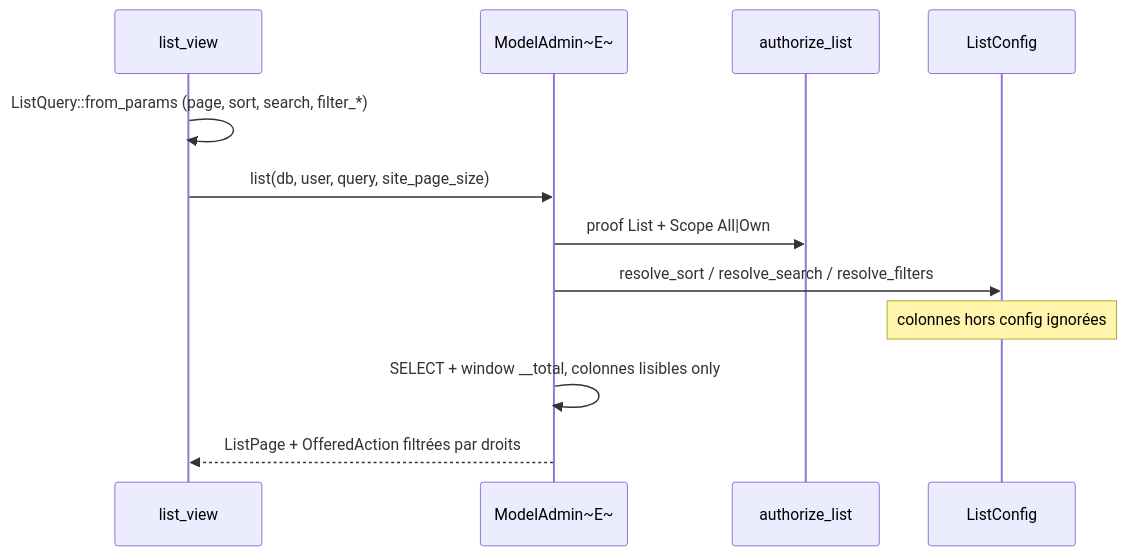
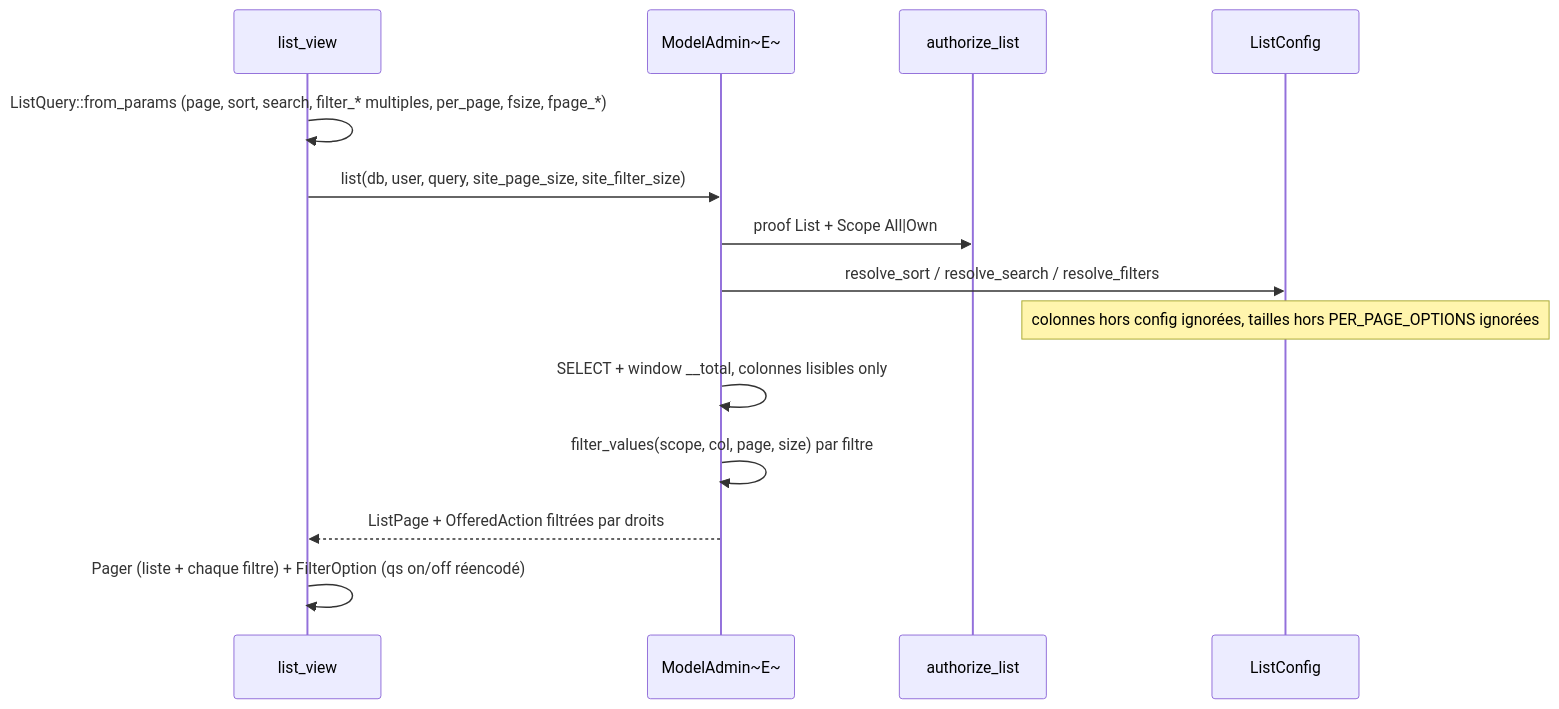
Before and after one commit to seb-alliot/runique: the second of 5 diagrams in diagramme/flux/admin-crud-reset-makemigrations.md, drawn with Mermaid. The commit also changed other lines of this file and 57 other files, not shown here.

Commit message:
fix few bug && diagramme

````diff
--- a/diagramme/flux/admin-crud-reset-makemigrations.md
+++ b/diagramme/flux/admin-crud-reset-makemigrations.md
@@ -47,15 +47,17 @@
 ```mermaid
 sequenceDiagram
     participant H as list_view
     participant M as ModelAdmin~E~
     participant G as authorize_list
     participant L as ListConfig
 
-    H->>H: ListQuery::from_params (page, sort, search, filter_*)
-    H->>M: list(db, user, query, site_page_size)
+    H->>H: ListQuery::from_params (page, sort, search, filter_* multiples, per_page, fsize, fpage_*)
+    H->>M: list(db, user, query, site_page_size, site_filter_size)
     M->>G: proof List + Scope All|Own
     M->>L: resolve_sort / resolve_search / resolve_filters
-    Note over L: colonnes hors config ignorées
+    Note over L: colonnes hors config ignorées, tailles hors PER_PAGE_OPTIONS ignorées
     M->>M: SELECT + window __total, colonnes lisibles only
+    M->>M: filter_values(scope, col, page, size) par filtre
     M-->>H: ListPage + OfferedAction filtrées par droits
+    H->>H: Pager (liste + chaque filtre) + FilterOption (qs on/off réencodé)
 ```
````
